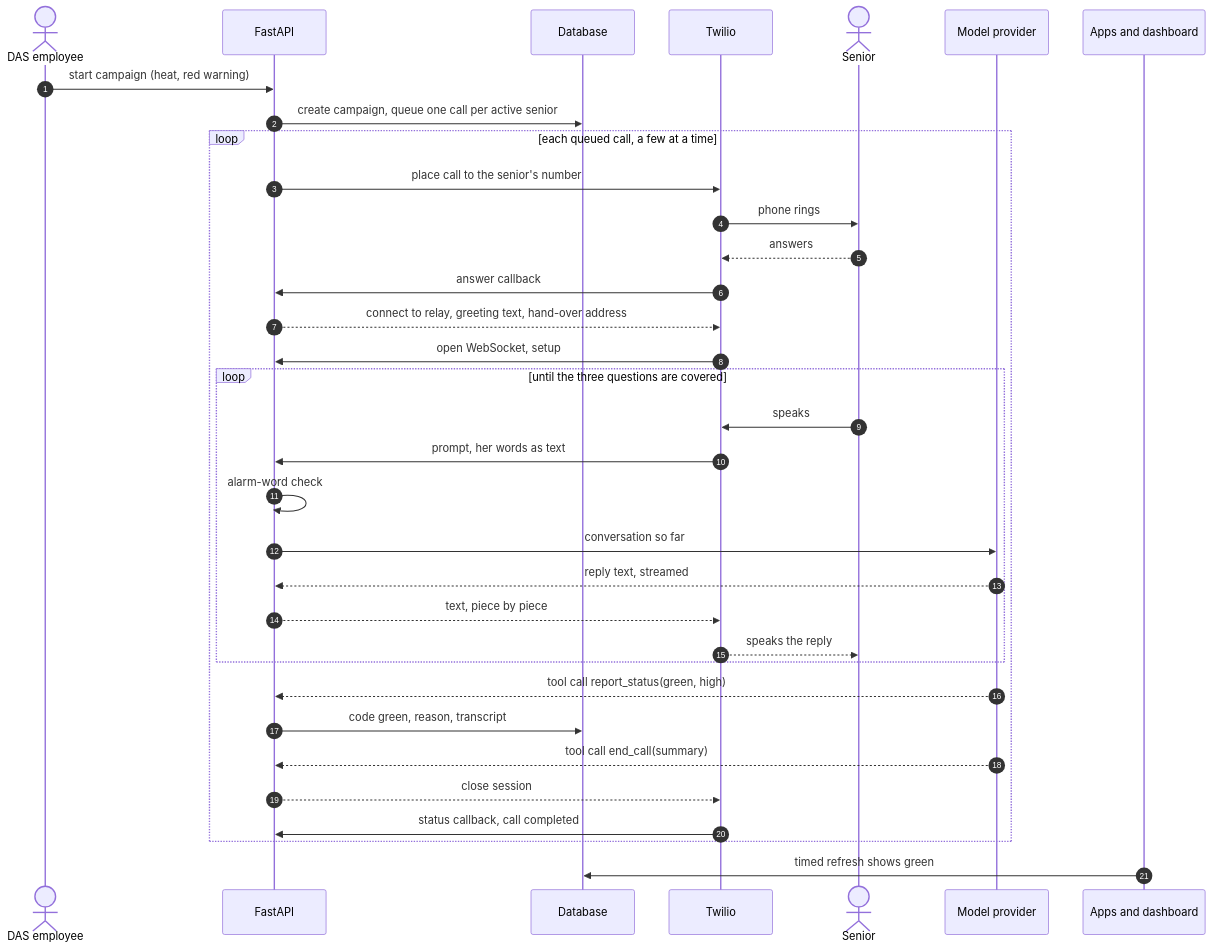
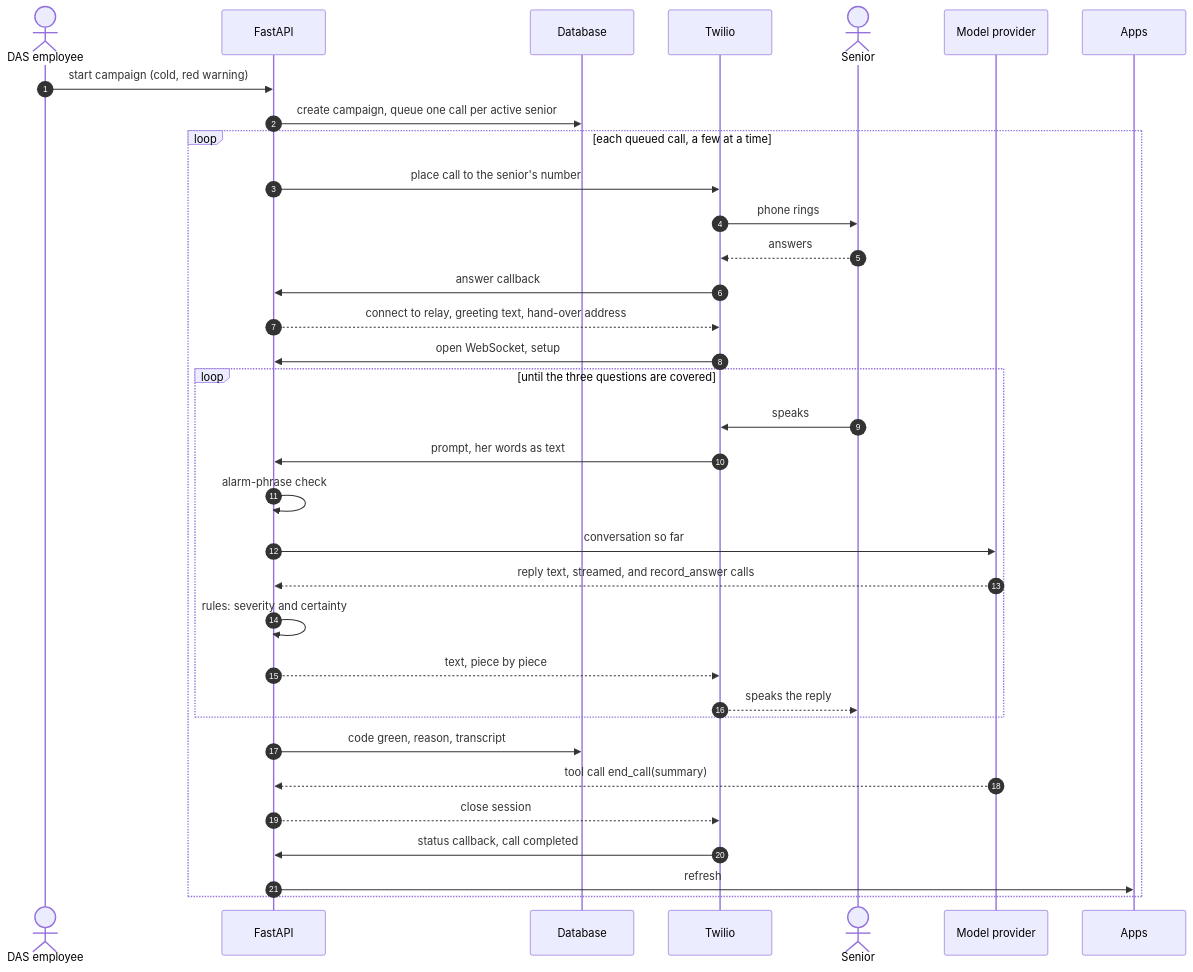
The third of 7 diagrams in docs/specs/sentinela/02-use-cases.md (paulhondola/EchoCare), drawn with Mermaid before and after one commit. The commit also changed other lines of this file and 6 other files, not shown here.

First line of the commit message:
Revise Sentinela MVP architecture and rules

````diff
--- a/docs/specs/sentinela/02-use-cases.md
+++ b/docs/specs/sentinela/02-use-cases.md
@@ -222,37 +244,37 @@
 ```mermaid
 sequenceDiagram
     autonumber
     actor D as DAS employee
     participant F as FastAPI
     participant DB as Database
     participant T as Twilio
     actor S as Senior
     participant L as Model provider
-    participant A as Apps and dashboard
+    participant A as Apps
 
-    D->>F: start campaign (heat, red warning)
+    D->>F: start campaign (cold, red warning)
     F->>DB: create campaign, queue one call per active senior
     loop each queued call, a few at a time
         F->>T: place call to the senior's number
         T->>S: phone rings
         S-->>T: answers
         T->>F: answer callback
         F-->>T: connect to relay, greeting text, hand-over address
         T->>F: open WebSocket, setup
         loop until the three questions are covered
             S->>T: speaks
             T->>F: prompt, her words as text
-            F->>F: alarm-word check
+            F->>F: alarm-phrase check
             F->>L: conversation so far
-            L-->>F: reply text, streamed
+            L-->>F: reply text, streamed, and record_answer calls
+            F->>F: rules: severity and certainty
             F-->>T: text, piece by piece
             T-->>S: speaks the reply
         end
-        L-->>F: tool call report_status(green, high)
         F->>DB: code green, reason, transcript
         L-->>F: tool call end_call(summary)
         F-->>T: close session
         T->>F: status callback, call completed
+        F->>A: refresh
     end
-    A->>DB: timed refresh shows green
 ```
````
